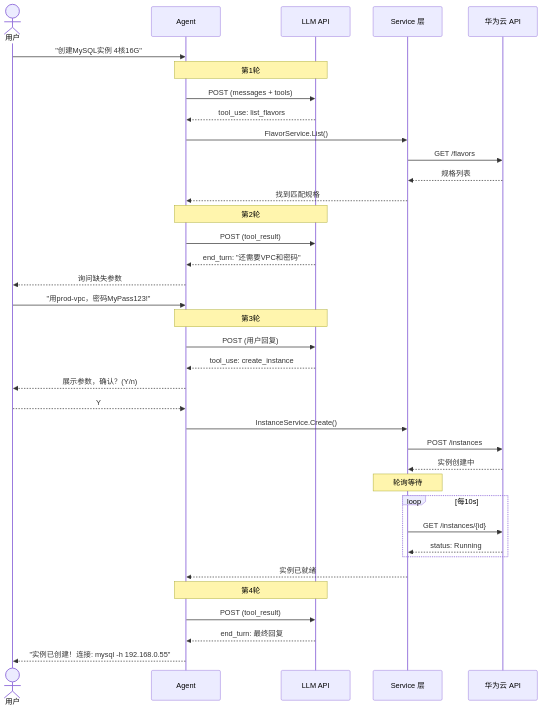
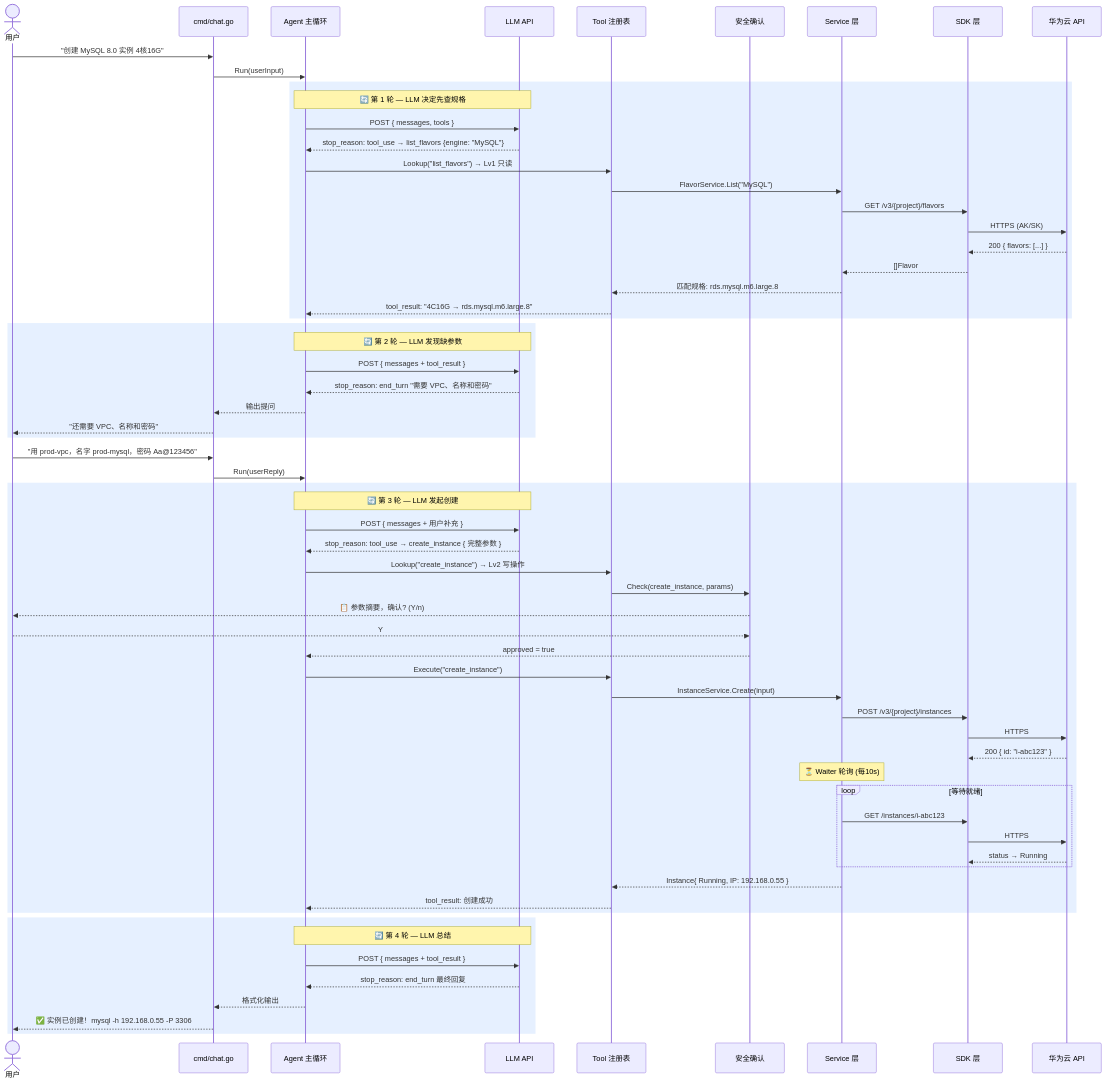
Before and after one commit to youweichen0208/blog: the fourth of 7 diagrams in docs/projects/opentaurus/requirements.md, drawn with Mermaid. The commit also changed other lines of this file and 1 other file, not shown here.

````diff
--- a/docs/projects/opentaurus/requirements.md
+++ b/docs/projects/opentaurus/requirements.md
@@ -318,47 +216,72 @@
 ```mermaid
 sequenceDiagram
-    actor User as 用户
-    participant Agent as Agent
-    participant LLM as LLM API
-    participant Service as Service 层
-    participant Cloud as 华为云 API
+    actor U as 用户
+    participant C as cmd/chat.go
+    participant A as Agent 主循环
+    participant L as LLM API
+    participant T as Tool 注册表
+    participant CF as 安全确认
+    participant S as Service 层
+    participant K as SDK 层
+    participant H as 华为云 API
 
-    User->>Agent: "创建MySQL实例 4核16G"
+    U->>C: "创建 MySQL 8.0 实例 4核16G"
+    C->>A: Run(userInput)
 
-    Note over Agent,LLM: 第1轮
-    Agent->>LLM: POST (messages + tools)
-    LLM-->>Agent: tool_use: list_flavors
-    Agent->>Service: FlavorService.List()
-    Service->>Cloud: GET /flavors
-    Cloud-->>Service: 规格列表
-    Service-->>Agent: 找到匹配规格
-
-    Note over Agent,LLM: 第2轮
-    Agent->>LLM: POST (tool_result)
-    LLM-->>Agent: end_turn: "还需要VPC和密码"
-    Agent-->>User: 询问缺失参数
-
-    User->>Agent: "用prod-vpc，密码MyPass123!"
-
-    Note over Agent,LLM: 第3轮
-    Agent->>LLM: POST (用户回复)
-    LLM-->>Agent: tool_use: create_instance
-    Agent-->>User: 展示参数，确认？(Y/n)
-    User-->>Agent: Y
-    Agent->>Service: InstanceService.Create()
-    Service->>Cloud: POST /instances
-    Cloud-->>Service: 实例创建中
-
-    Note over Service: 轮询等待
-    loop 每10s
-        Service->>Cloud: GET /instances/{id}
-        Cloud-->>Service: status: Running
+    rect rgb(230, 240, 255)
+    Note over A,L: 🔄 第 1 轮 — LLM 决定先查规格
+    A->>L: POST { messages, tools }
+    L-->>A: stop_reason: tool_use → list_flavors {engine: "MySQL"}
+    A->>T: Lookup("list_flavors") → Lv1 只读
+    T->>S: FlavorService.List("MySQL")
+    S->>K: GET /v3/{project}/flavors
+    K->>H: HTTPS (AK/SK)
+    H-->>K: 200 { flavors: [...] }
+    K-->>S: []Flavor
+    S-->>T: 匹配规格: rds.mysql.m6.large.8
+    T-->>A: tool_result: "4C16G → rds.mysql.m6.large.8"
     end
 
-    Service-->>Agent: 实例已就绪
+    rect rgb(230, 240, 255)
+    Note over A,L: 🔄 第 2 轮 — LLM 发现缺参数
+    A->>L: POST { messages + tool_result }
+    L-->>A: stop_reason: end_turn "需要 VPC、名称和密码"
+    A-->>C: 输出提问
+    C-->>U: "还需要 VPC、名称和密码"
+    end
 
-    Note over Agent,LLM: 第4轮
-    Agent->>LLM: POST (tool_result)
-    LLM-->>Agent: end_turn: 最终回复
-    Agent-->>User: "实例已创建！连接: mysql -h 192.168.0.55"
+    U->>C: "用 prod-vpc，名字 prod-mysql，密码 Aa@123456"
+    C->>A: Run(userReply)
+
+    rect rgb(230, 240, 255)
+    Note over A,L: 🔄 第 3 轮 — LLM 发起创建
+    A->>L: POST { messages + 用户补充 }
+    L-->>A: stop_reason: tool_use → create_instance { 完整参数 }
+    A->>T: Lookup("create_instance") → Lv2 写操作
+    T->>CF: Check(create_instance, params)
+    CF-->>U: 📋 参数摘要，确认? (Y/n)
+    U-->>CF: Y
+    CF-->>A: approved = true
+    A->>T: Execute("create_instance")
+    T->>S: InstanceService.Create(input)
+    S->>K: POST /v3/{project}/instances
+    K->>H: HTTPS
+    H-->>K: 200 { id: "i-abc123" }
+    Note over S: ⏳ Waiter 轮询 (每10s)
+    loop 等待就绪
+        S->>K: GET /instances/i-abc123
+        K->>H: HTTPS
+        H-->>K: status → Running
+    end
+    S-->>T: Instance{ Running, IP: 192.168.0.55 }
+    T-->>A: tool_result: 创建成功
+    end
+
+    rect rgb(230, 240, 255)
+    Note over A,L: 🔄 第 4 轮 — LLM 总结
+    A->>L: POST { messages + tool_result }
+    L-->>A: stop_reason: end_turn 最终回复
+    A-->>C: 格式化输出
+    C-->>U: ✅ 实例已创建！mysql -h 192.168.0.55 -P 3306
+    end
 ```
````
